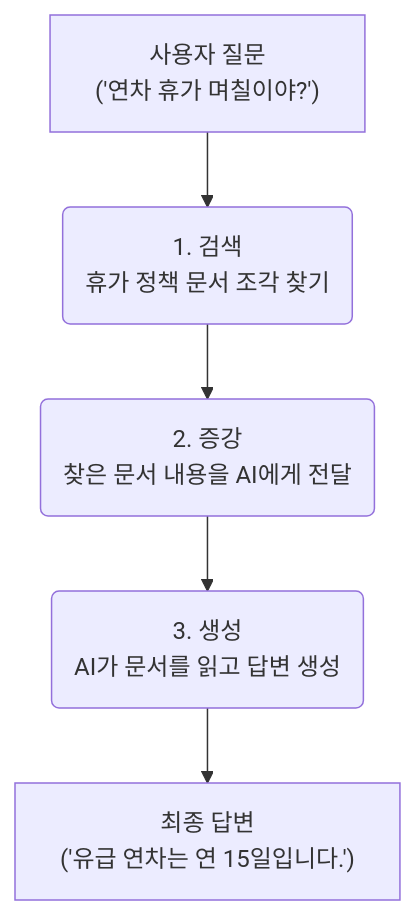
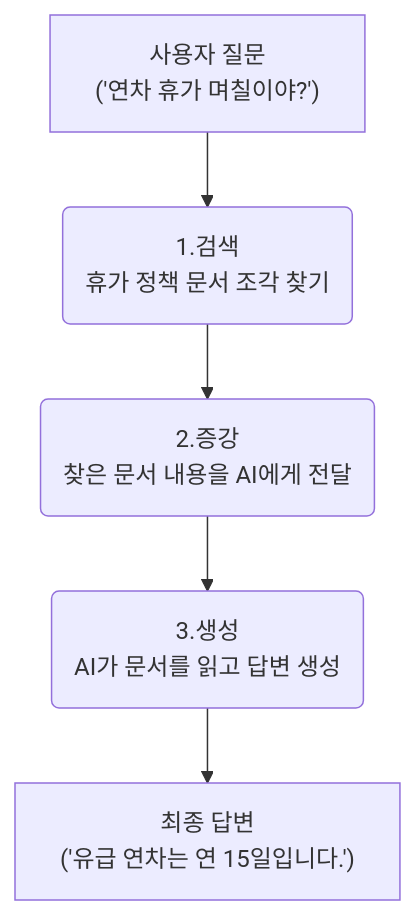
Before and after one commit to SKNETWORKS-FAMILY-AICAMP/SKN10-FINAL-1Team: the first of 3 diagrams in docs/06_문서_검색_전문_에이전트__rag_agent__.md, drawn with Mermaid. The commit also changed other lines of this file and 13 other files, not shown here.

````diff
--- a/docs/06_문서_검색_전문_에이전트__rag_agent__.md
+++ b/docs/06_문서_검색_전문_에이전트__rag_agent__.md
@@ -29,7 +29,7 @@
 ```mermaid
 graph TD
-    A["사용자 질문<br>('연차 휴가 며칠이야?')"] --> B(1. 검색<br>휴가 정책 문서 조각 찾기);
-    B --> C(2. 증강<br>찾은 문서 내용을 AI에게 전달);
-    C --> D(3. 생성<br>AI가 문서를 읽고 답변 생성);
+    A["사용자 질문<br>('연차 휴가 며칠이야?')"] --> B(1.검색<br>휴가 정책 문서 조각 찾기);
+    B --> C(2.증강<br>찾은 문서 내용을 AI에게 전달);
+    C --> D(3.생성<br>AI가 문서를 읽고 답변 생성);
     D --> E["최종 답변<br>('유급 연차는 연 15일입니다.')"];
 ```
````
